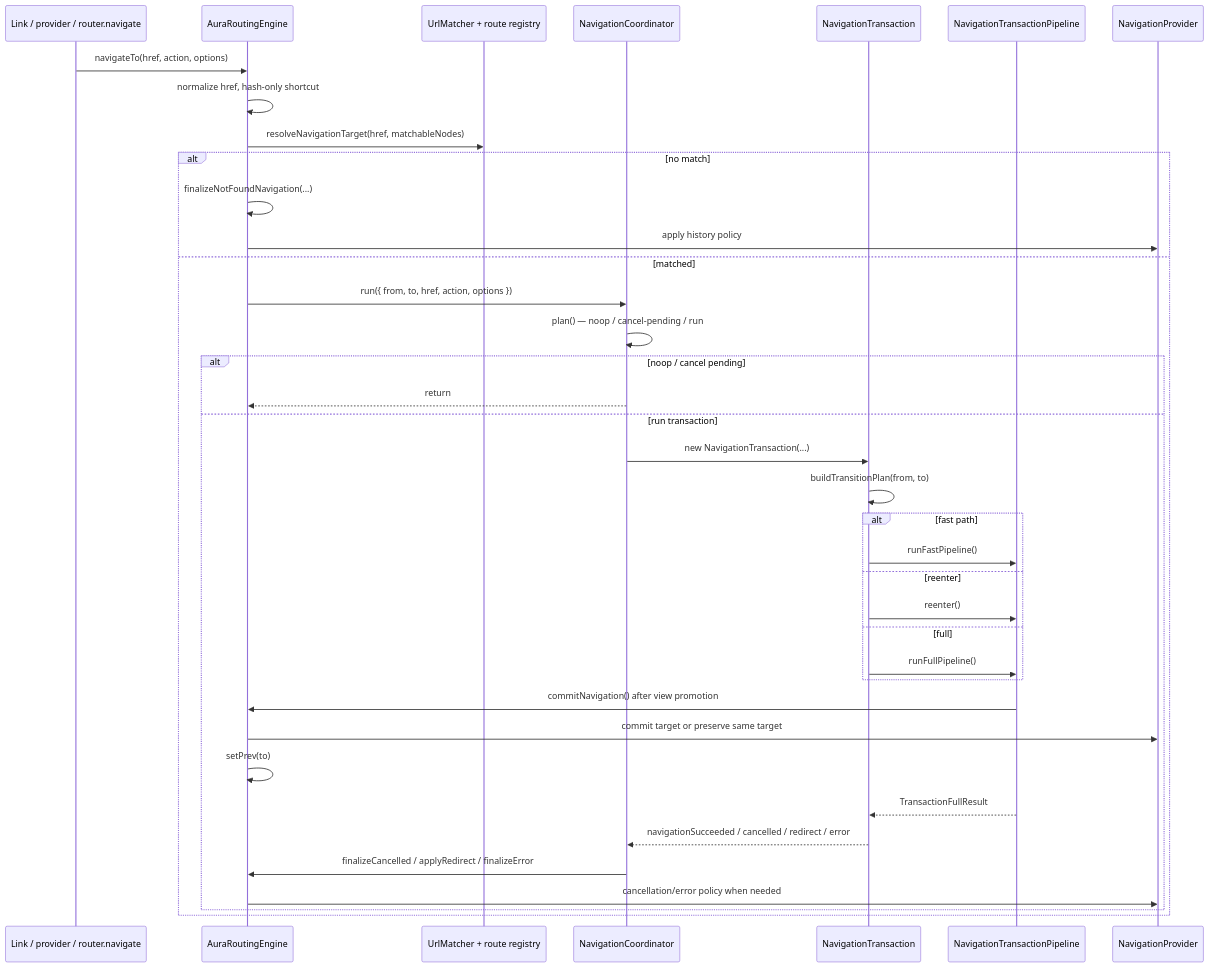
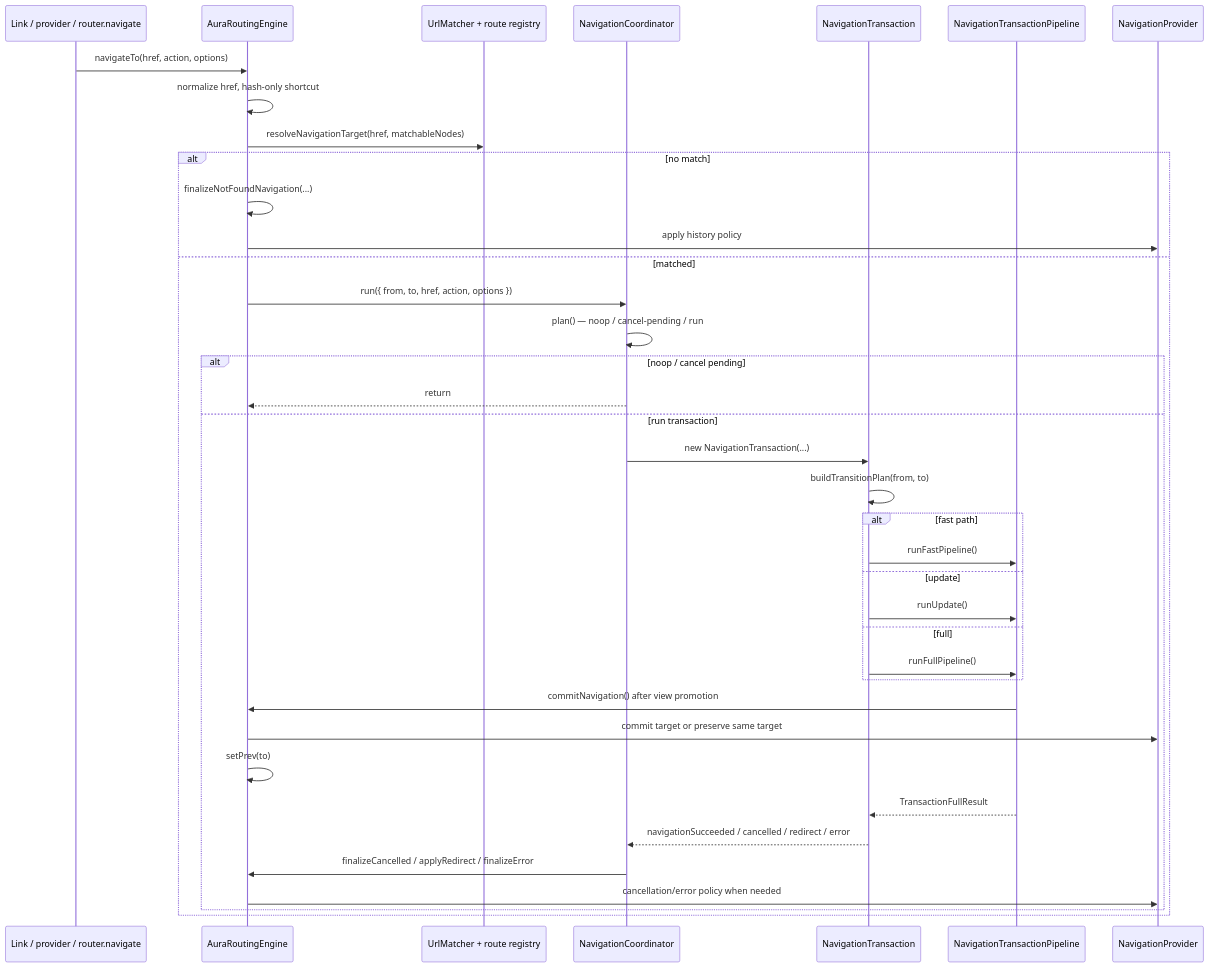
One commit to aura-ui/router changed the diagram in src/modules/aura-routing-engine/core/ARCHITECTURE.md. Above: the diagram before and after it, drawn with Mermaid. The commit also changed 25 other files, not shown here.

````diff
--- a/src/modules/aura-routing-engine/core/ARCHITECTURE.md
+++ b/src/modules/aura-routing-engine/core/ARCHITECTURE.md
@@ -25,41 +25,41 @@
 ```mermaid
 sequenceDiagram
   participant Source as Link / provider / router.navigate
   participant Engine as AuraRoutingEngine
   participant Match as UrlMatcher + route registry
   participant Coord as NavigationCoordinator
   participant Tx as NavigationTransaction
   participant Pipeline as NavigationTransactionPipeline
   participant History as NavigationProvider
 
   Source->>Engine: navigateTo(href, action, options)
   Engine->>Engine: normalize href, hash-only shortcut
   Engine->>Match: resolveNavigationTarget(href, matchableNodes)
   alt no match
     Engine->>Engine: finalizeNotFoundNavigation(...)
     Engine->>History: apply history policy
   else matched
     Engine->>Coord: run({ from, to, href, action, options })
     Coord->>Coord: plan() — noop / cancel-pending / run
     alt noop / cancel pending
       Coord-->>Engine: return
     else run transaction
       Coord->>Tx: new NavigationTransaction(...)
       Tx->>Tx: buildTransitionPlan(from, to)
       alt fast path
         Tx->>Pipeline: runFastPipeline()
-      else reenter
-        Tx->>Pipeline: reenter()
+      else update
+        Tx->>Pipeline: runUpdate()
       else full
         Tx->>Pipeline: runFullPipeline()
       end
       Pipeline->>Engine: commitNavigation() after view promotion
       Engine->>History: commit target or preserve same target
       Engine->>Engine: setPrev(to)
       Pipeline-->>Tx: TransactionFullResult
       Tx-->>Coord: navigationSucceeded / cancelled / redirect / error
       Coord->>Engine: finalizeCancelled / applyRedirect / finalizeError
       Engine->>History: cancellation/error policy when needed
     end
   end
 ```
````
